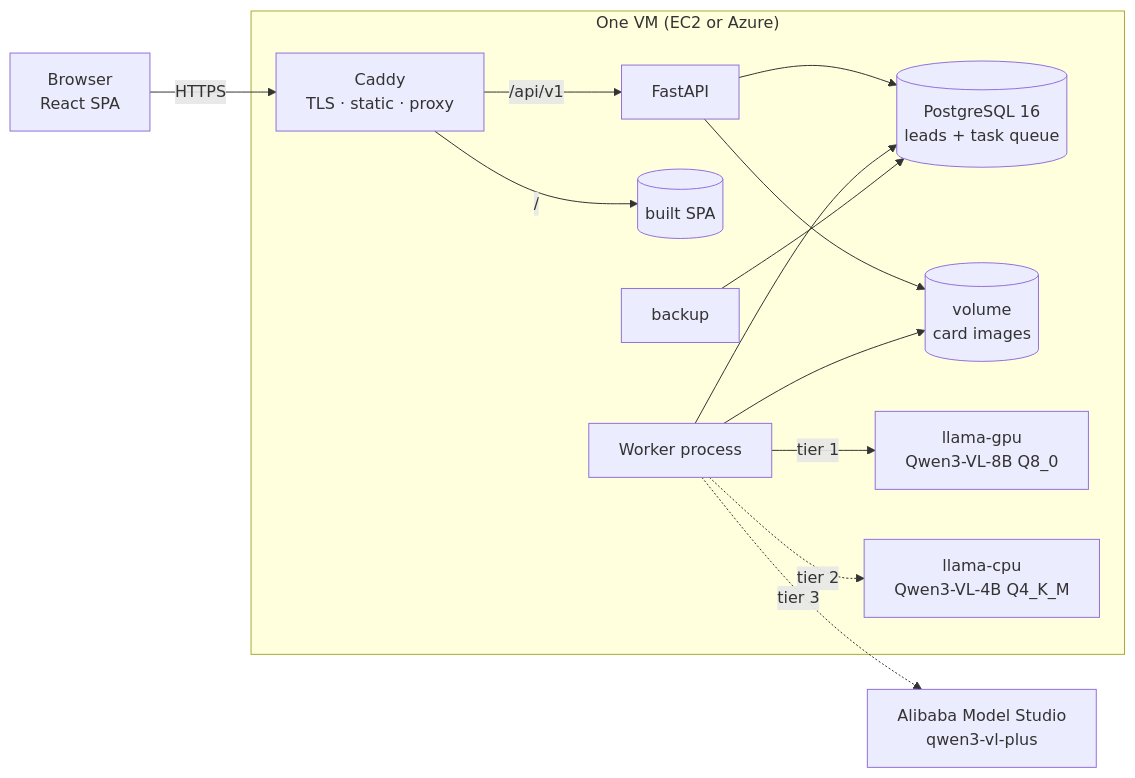
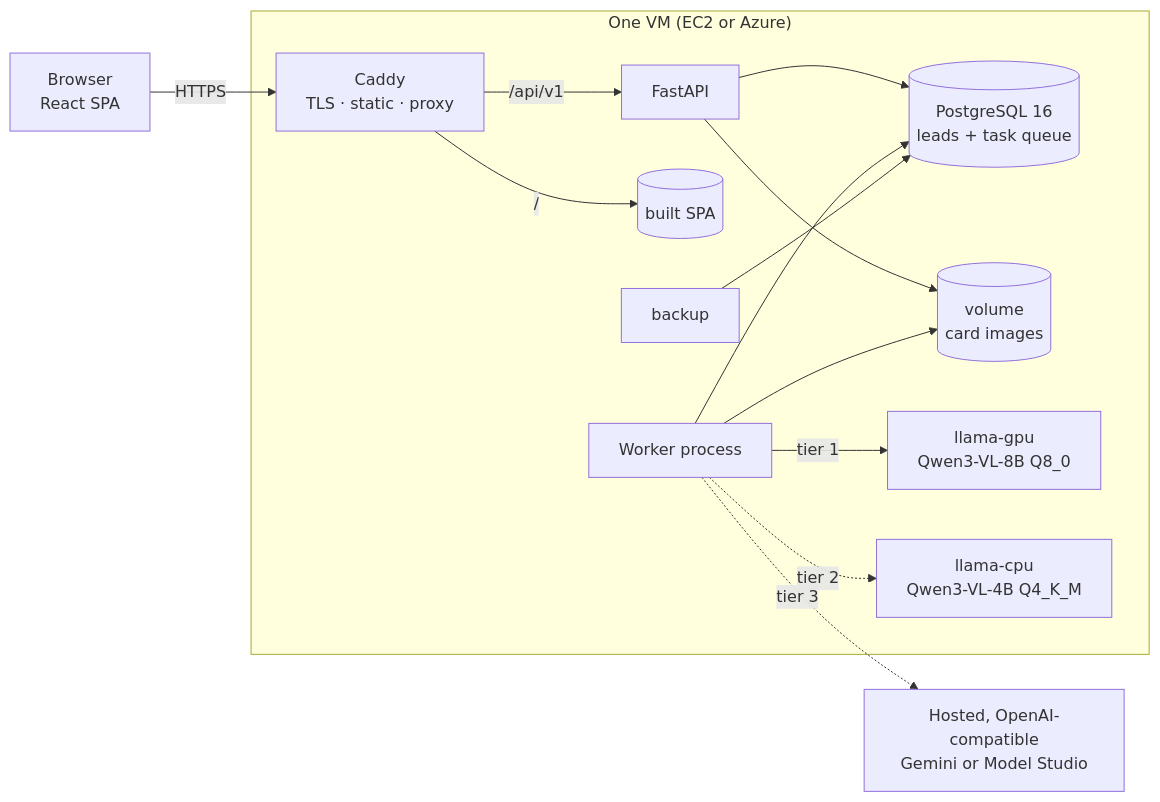
Before and after one commit to muditagrawal-alt/VLM_Business_Card_Lead_Extraction: the first of 4 diagrams in docs/ARCHITECTURE.md, drawn with Mermaid. The commit also changed other lines of this file and 2 other files, not shown here.

````diff
--- a/docs/ARCHITECTURE.md
+++ b/docs/ARCHITECTURE.md
@@ -5,18 +5,18 @@
 ```mermaid
 flowchart LR
   U[Browser<br/>React SPA] -->|HTTPS| C[Caddy<br/>TLS · static · proxy]
   C -->|/api/v1| A[FastAPI]
   C -->|/| S[(built SPA)]
   A --> P[(PostgreSQL 16<br/>leads + task queue)]
   A --> F[(volume<br/>card images)]
   W[Worker process] --> P
   W --> F
   W -->|tier 1| G[llama-gpu<br/>Qwen3-VL-8B Q8_0]
   W -.->|tier 2| Cp[llama-cpu<br/>Qwen3-VL-4B Q4_K_M]
-  W -.->|tier 3| M[Alibaba Model Studio<br/>qwen3-vl-plus]
+  W -.->|tier 3| M[Hosted, OpenAI-compatible<br/>Gemini or Model Studio]
   B[backup] --> P
 
   subgraph instance["One VM (EC2 or Azure)"]
     C; A; S; P; F; W; G; Cp; B
   end
 ```
````
